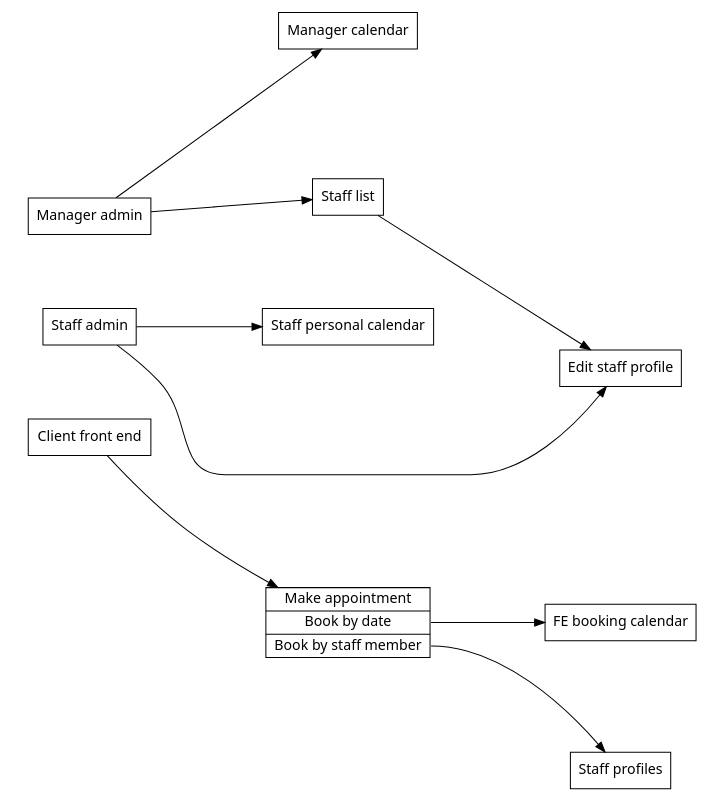
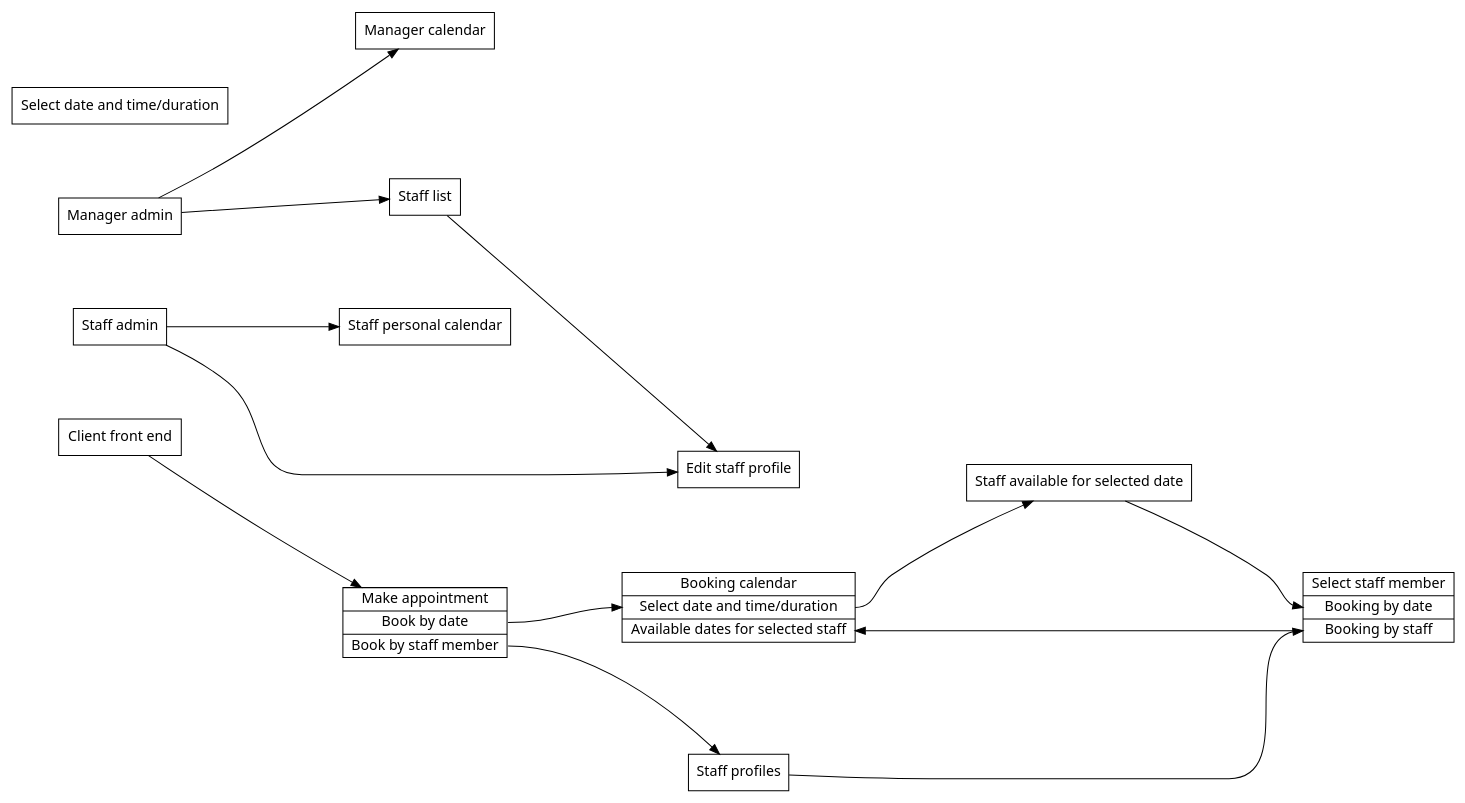
Before and after one commit to plonko/shiny-weight: the diagram in assets-ia-graphviz.gv, drawn with Graphviz. The commit also changed 1 other file, not shown here.

Commit message:
Adding booking routes

```diff
--- a/assets-ia-graphviz.gv
+++ b/assets-ia-graphviz.gv
@@ -1,100 +1,115 @@
 digraph bookem_ia {
     graph [
         rankdir = "LR",
         nodesep= 1,
     ];
 
     node [shape=tab, fontname="Sans"];
     edge [minlen=3];
 
     // Manager role
     subgraph cluster_0 {
         style="invis"
         color="white"
         manager_admin[
             label="Manager admin"
             shape = "record"
         ];
         staff_admin[
             label="Staff admin"
             shape = "record"
         ];
         client[
             label="Client front end"
             shape = "record"
         ];
     }
 
     manager_calendar[
         label="Manager calendar"
         shape = "record"
     ];
 
     staff_list[
         label="Staff list"
         shape = "record"
     ];
 
     // Staff role
 
     staff_calendar[
         label="Staff personal calendar"
         shape = "record"
     ];
 
     staff_profile_edit[
         label="Edit staff profile"
         shape = "record"
     ];
 
     // Client role
 
     make_appointment[
         label="Make appointment|<f0>Book by date|<f1>Book by staff member"
         shape = "record"
     ];
 
+    select_date_time[
+        label="Select date and time/duration"
+        shape = "record"
+    ];
+
     booking_calendar[
-        label="FE booking calendar"
+        label="Booking calendar|<f0>Select date and time/duration|<f1>Available dates for selected staff"
         shape = "record"
     ];
     
     staff_profiles[
         label="Staff profiles"
+        shape = "record"
+    ];
+
+    staff_available[
+        label="Staff available for selected date"
+        shape = "record"
+    ];
+
+    select_staff_member[
+        label="Select staff member|<f0>Booking by date|<f1>Booking by staff"
         shape = "record"
     ];
 
 
     manager_admin -> manager_calendar;
     manager_admin -> staff_list -> staff_profile_edit;
 
     staff_admin -> staff_calendar;
     staff_admin -> staff_profile_edit;
     
     client -> make_appointment;
 
-    make_appointment:f0 -> booking_calendar;
-    make_appointment:f1 -> staff_profiles;
+    make_appointment:f0 -> booking_calendar:f0 -> staff_available -> select_staff_member:f0;
+    make_appointment:f1 -> staff_profiles -> select_staff_member:f1 -> booking_calendar:f1;
     //home -> downloads;
     //home -> faqs;
     //home -> contact;
     //home -> language;
     //home -> account;
 
     //news_list:f3 -> fit_guide;
 
 
     //clothing_type -> product_list;
     //product_list -> filter -> product_list;
     //product_list -> product_variants -> product_detail -> Related_styles -> product_detail;
     //product_detail -> add_to_order -> current_order -> complete_checkout;
 
     //home -> checkout -> current_order;
     //checkout -> submitted_orders -> current_order;
     //heckout -> unsubmitted_orders -> current_order;
 
     //home -> favourites -> product_list_detail;
 
     //home -> search -> product_list_detail -> related -> product_list_detail -> add_to_order;
 
 }
```
